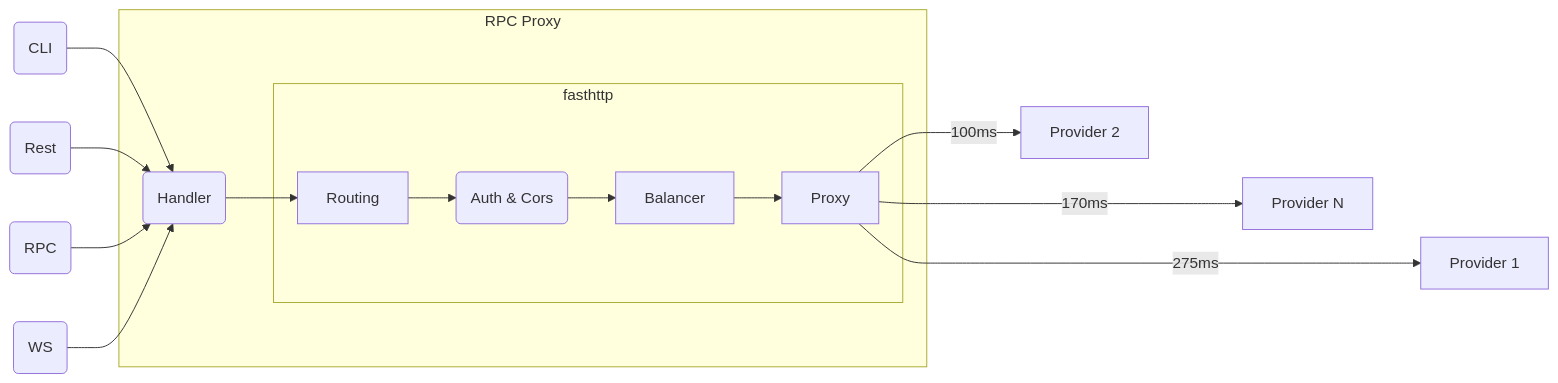
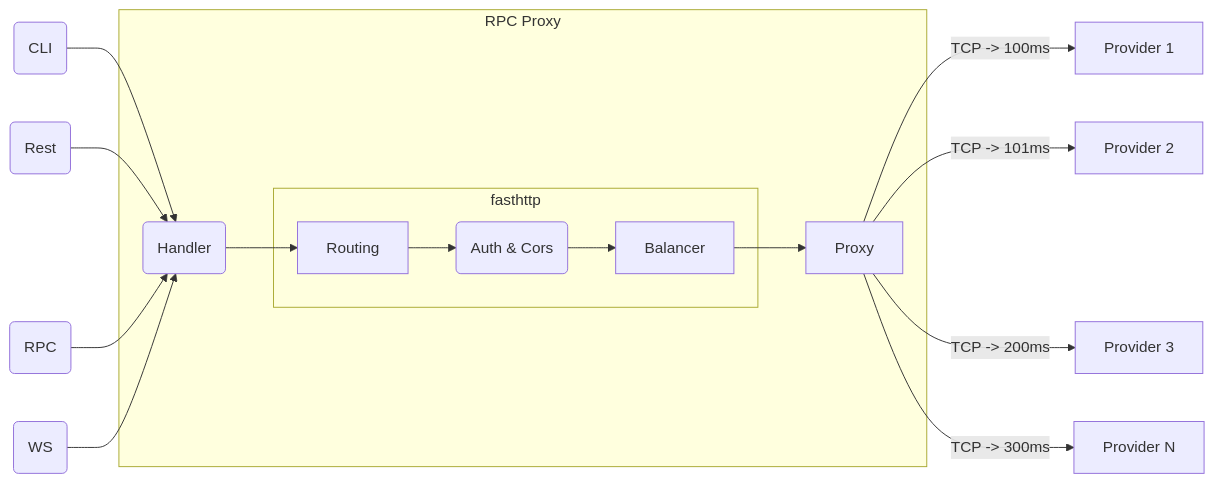
One commit to rpc-ag/rpc-aggregator changed the diagram in README.md. Above: the diagram before and after it, drawn with Mermaid. The commit also changed other lines of this file and 15 other files, not shown here.

````diff
--- a/README.md
+++ b/README.md
@@ -12,19 +12,19 @@
 ```mermaid
 flowchart LR 
     CC(CLI) --> RPCProxy
     RC(Rest) --> RPCProxy
     RPCC(RPC) --> RPCProxy
     WSC(WS) --> RPCProxy
     subgraph RPC Proxy
       RPCProxy(Handler) --> Routing
         subgraph fasthttp
          Routing --> Auth(Auth & Cors) 
          Auth --> Balancer
+        end
          Balancer --> Proxy
-        end
     end
-    Proxy ---->|275ms| AS1[Provider 1] 
-    Proxy -->|100ms| AS2[Provider 2] 
-    Proxy --->|170ms| ASN[Provider N]
-
+    Proxy -->|TCP -> 100ms| Upstream1[Provider 1]  
+    Proxy -->|TCP -> 101ms| Upstream2[Provider 2] 
+    Proxy -->|TCP -> 200ms| Upstream3[Provider 3] 
+    Proxy -->|TCP -> 300ms| Upstream4[Provider N]
 ```
````
